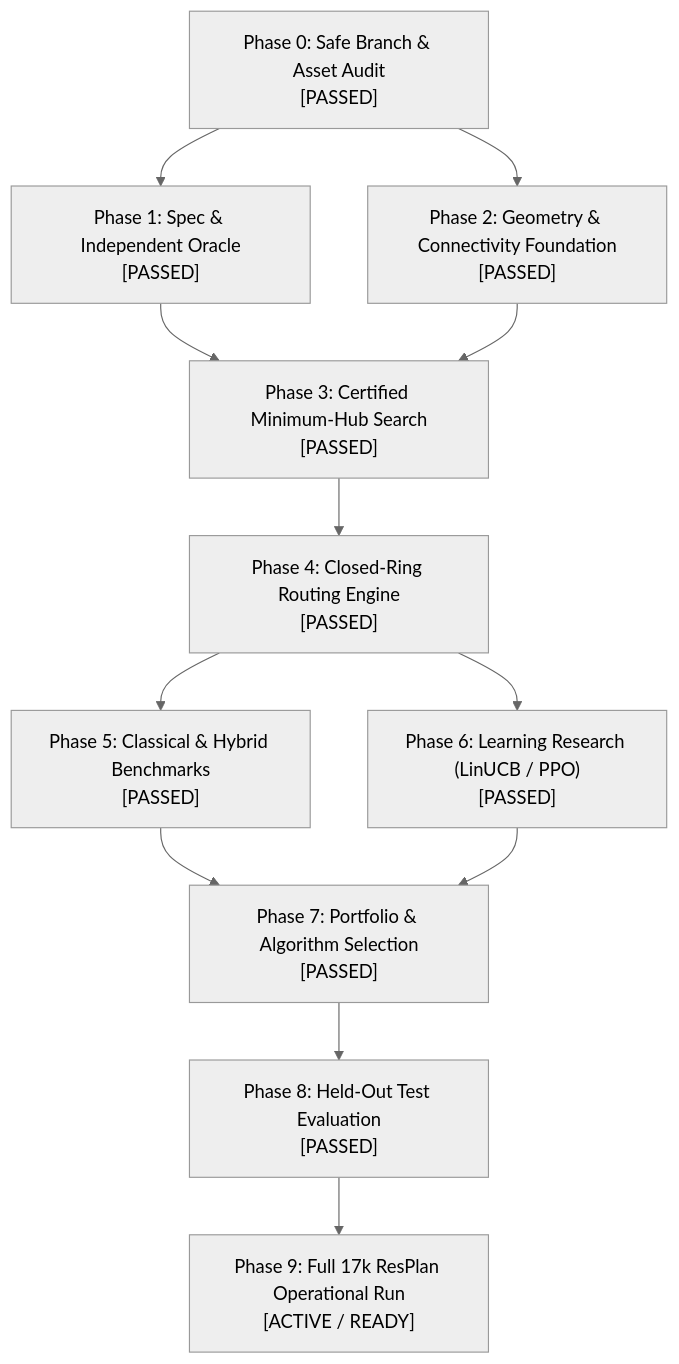
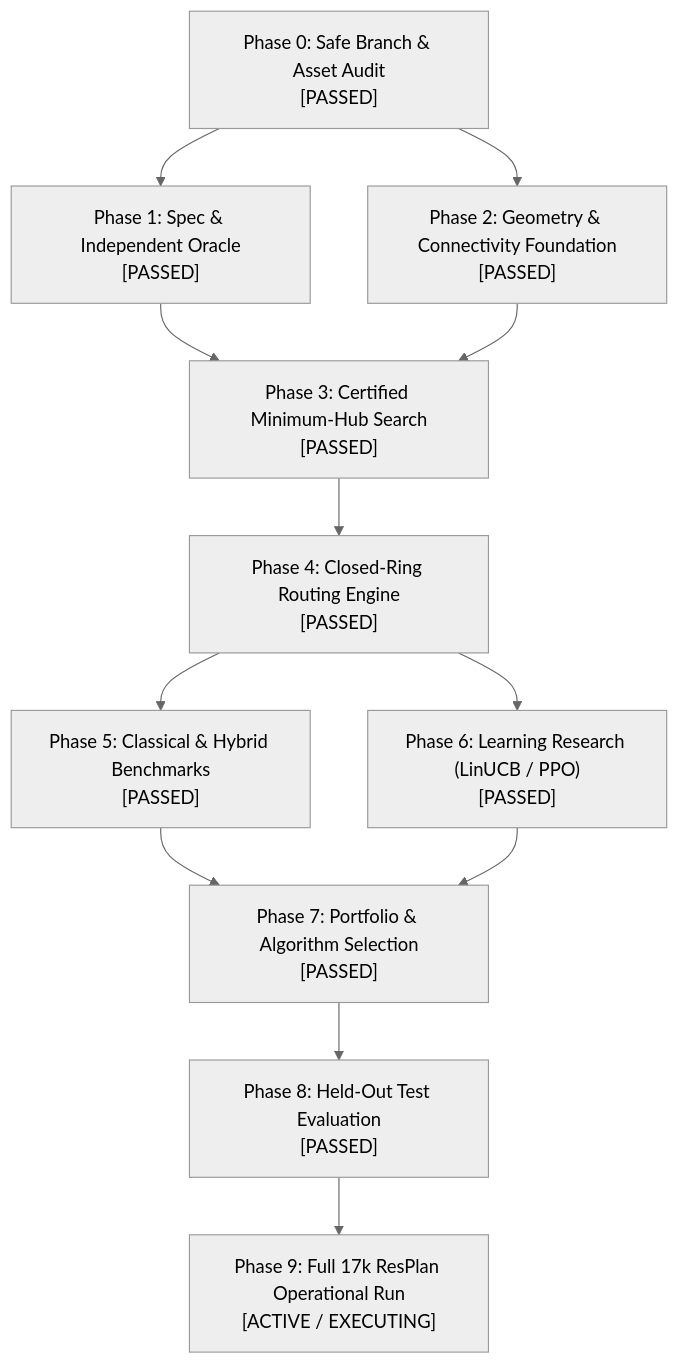
The diagram in reports/prd_execution_status.md (KPB040107/honeywell-cable-ring-optimization), drawn with Mermaid (neutral theme) before and after one commit. The commit also changed 3 other files, not shown here.

Commit message:
docs(governance): update Phase 0-8 PASSED and Phase 9 operational batch execution status

````diff
--- a/reports/prd_execution_status.md
+++ b/reports/prd_execution_status.md
@@ -13,14 +13,14 @@
 ```mermaid
 flowchart TD
     P0["Phase 0: Safe Branch & Asset Audit\n[PASSED]"] --> P1["Phase 1: Spec & Independent Oracle\n[PASSED]"]
     P0 --> P2["Phase 2: Geometry & Connectivity Foundation\n[PASSED]"]
     P1 --> P3["Phase 3: Certified Minimum-Hub Search\n[PASSED]"]
     P2 --> P3
     P3 --> P4["Phase 4: Closed-Ring Routing Engine\n[PASSED]"]
     P4 --> P5["Phase 5: Classical & Hybrid Benchmarks\n[PASSED]"]
     P4 --> P6["Phase 6: Learning Research (LinUCB / PPO)\n[PASSED]"]
     P5 --> P7["Phase 7: Portfolio & Algorithm Selection\n[PASSED]"]
     P6 --> P7
     P7 --> P8["Phase 8: Held-Out Test Evaluation\n[PASSED]"]
-    P8 --> P9["Phase 9: Full 17k ResPlan Operational Run\n[ACTIVE / READY]"]
+    P8 --> P9["Phase 9: Full 17k ResPlan Operational Run\n[ACTIVE / EXECUTING]"]
 ```
````
